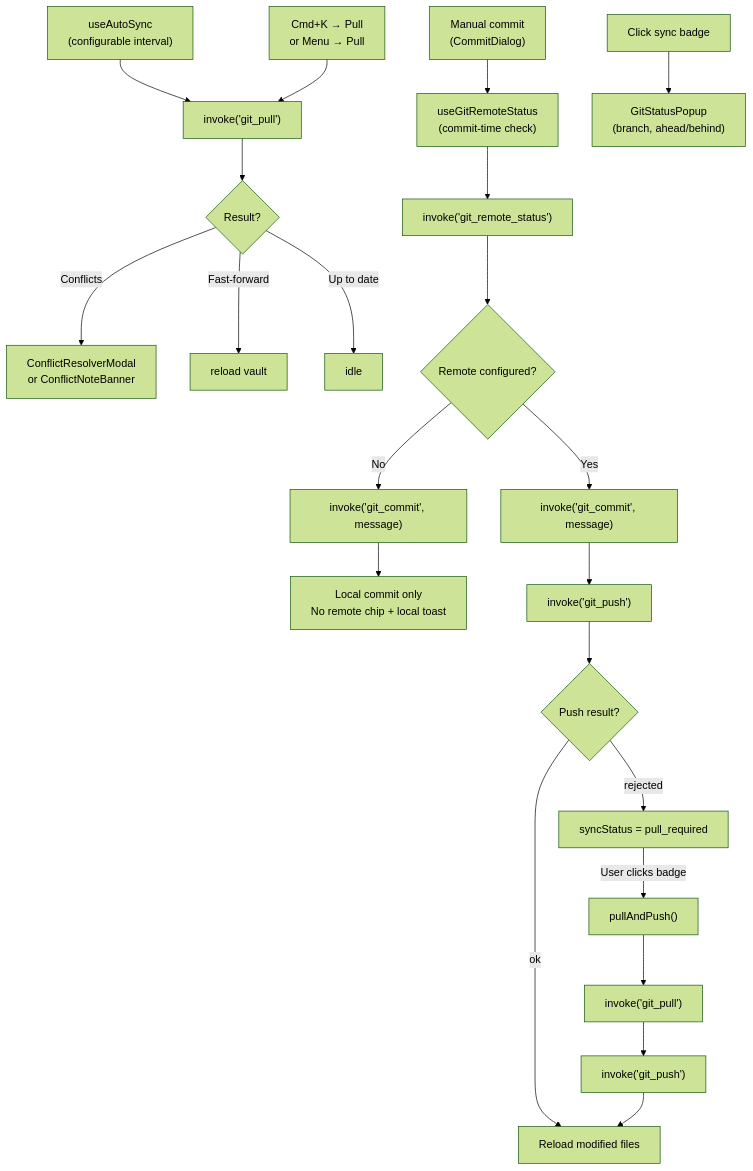
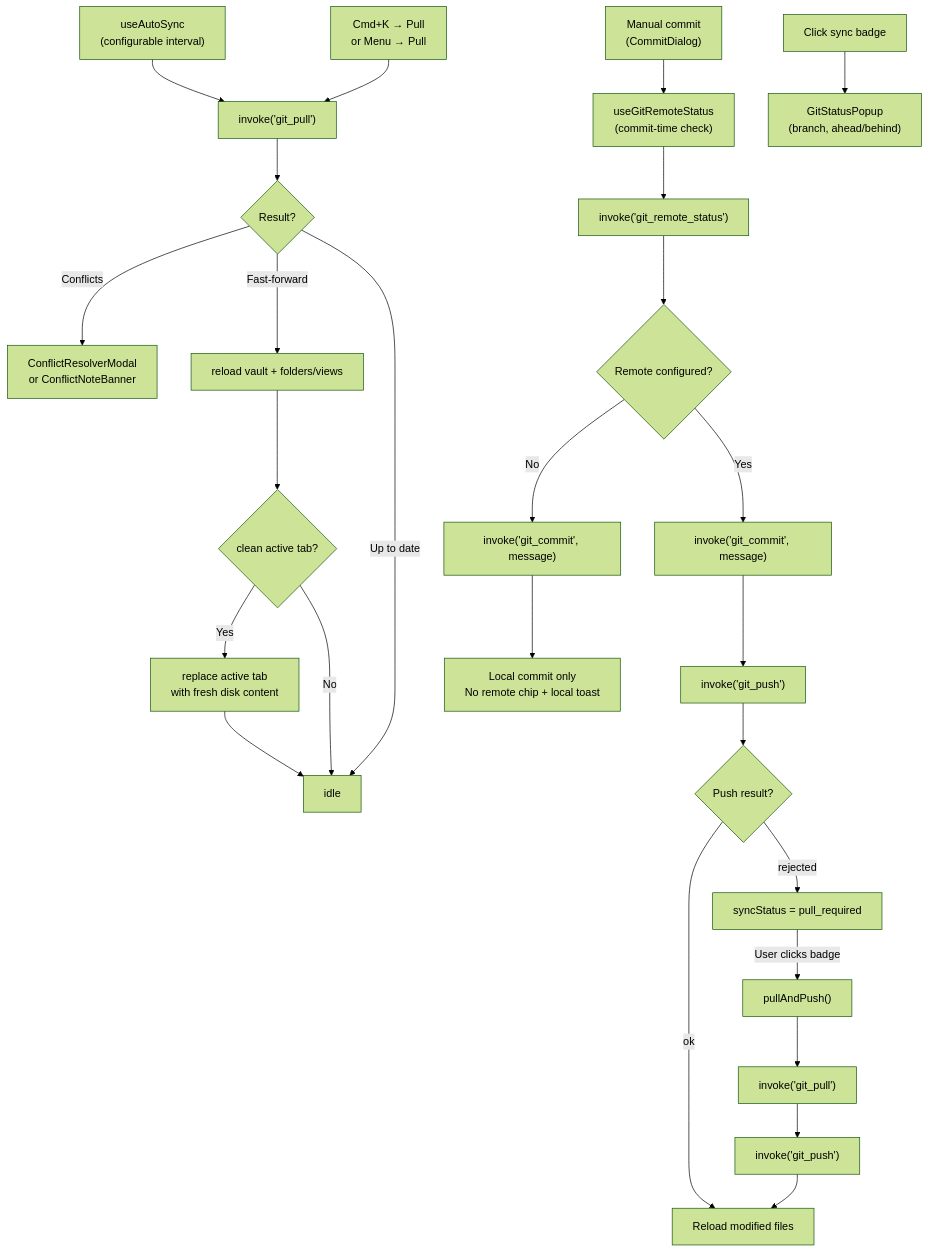
The ninth of 10 diagrams in docs/ARCHITECTURE.md (aimeritething/Fuwa), drawn with Mermaid (forest theme) before and after one commit. The commit also changed 10 other files, not shown here.

Commit message:
fix: tighten pulled note refresh flow

````diff
--- a/docs/ARCHITECTURE.md
+++ b/docs/ARCHITECTURE.md
@@ -529,26 +529,30 @@
 ```mermaid
 flowchart TD
     AS["useAutoSync\n(configurable interval)"] --> PULL["invoke('git_pull')"]
     PULL --> PC{Result?}
     PC -->|Conflicts| CM["ConflictResolverModal\nor ConflictNoteBanner"]
-    PC -->|Fast-forward| RV["reload vault"]
+    PC -->|Fast-forward| RV["reload vault + folders/views"]
+    RV --> TAB{"clean active tab?"}
+    TAB -->|Yes| RT["replace active tab\nwith fresh disk content"]
+    TAB -->|No| DONE["idle"]
+    RT --> DONE
     PC -->|Up to date| DONE["idle"]
 
     MAN["Manual commit\n(CommitDialog)"] --> RS["useGitRemoteStatus\n(commit-time check)"]
     RS --> RCHK["invoke('git_remote_status')"]
     RCHK --> RMODE{Remote configured?}
     RMODE -->|No| GC["invoke('git_commit', message)"]
     GC --> LOCAL["Local commit only\nNo remote chip + local toast"]
     RMODE -->|Yes| GC2["invoke('git_commit', message)"]
     GC2 --> GP["invoke('git_push')"]
     GP --> PR{Push result?}
     PR -->|ok| RM["Reload modified files"]
     PR -->|rejected| DIV["syncStatus = pull_required"]
     DIV -->|User clicks badge| PAP["pullAndPush()"]
     PAP --> PULL2["invoke('git_pull')"]
     PULL2 --> GP2["invoke('git_push')"]
     GP2 --> RM
 
     CMD["Cmd+K → Pull\nor Menu → Pull"] --> PULL
     STATUS["Click sync badge"] --> POPUP["GitStatusPopup\n(branch, ahead/behind)"]
 ```
````
